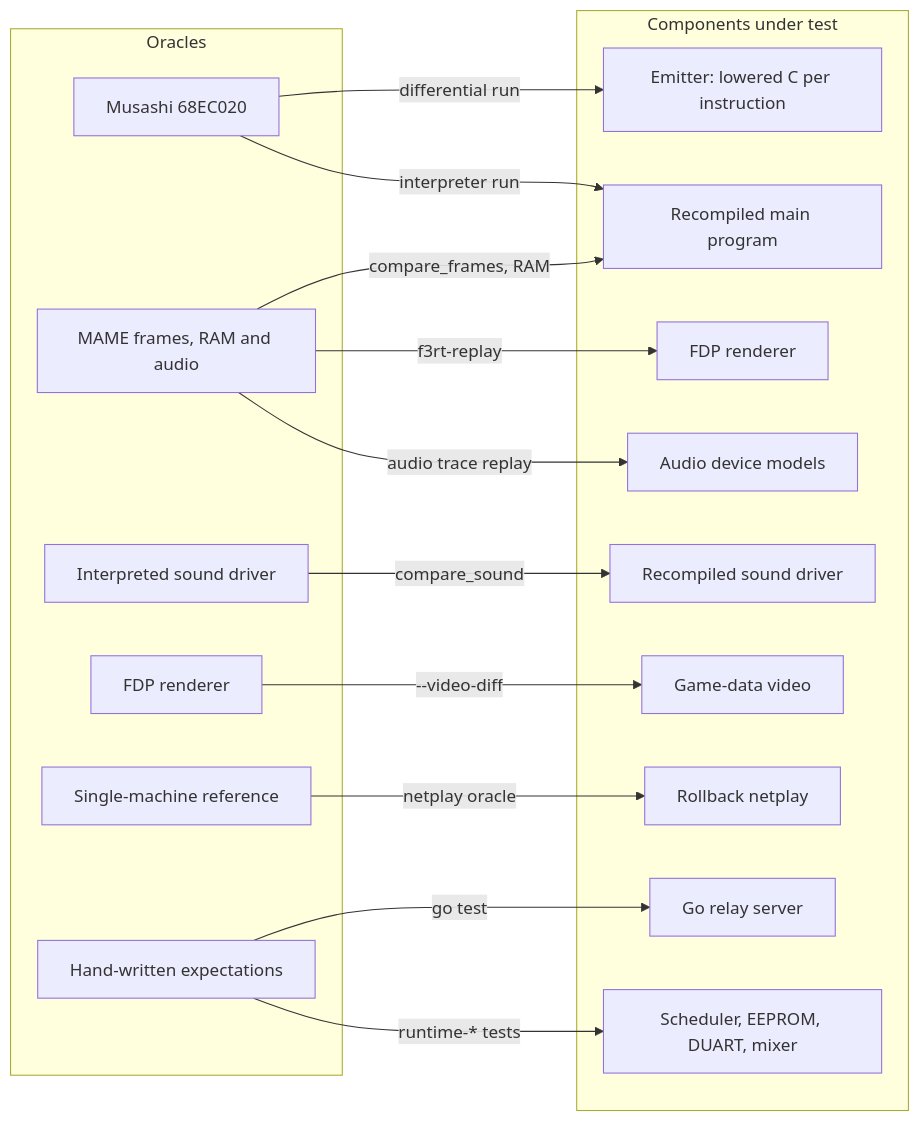
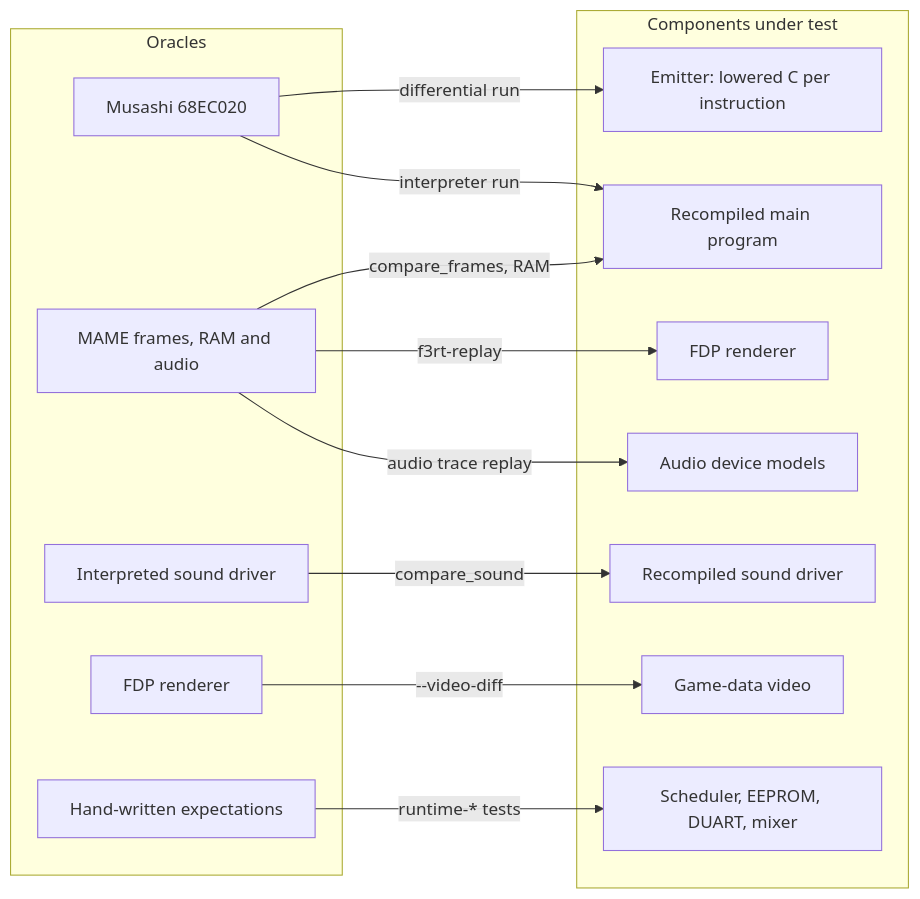
Before and after one commit to ansxor/f3-recomp: the first of 2 diagrams in docs/site/developer/testing/index.md, drawn with Mermaid. The commit also changed other lines of this file and 319 other files, not shown here.

````diff
--- a/docs/site/developer/testing/index.md
+++ b/docs/site/developer/testing/index.md
@@ -43,32 +41,27 @@
 ```mermaid
 flowchart LR
     subgraph Oracles["Oracles"]
         MUS["Musashi 68EC020"]
         MAME["MAME frames, RAM and audio"]
         INT["Interpreted sound driver"]
         FDPO["FDP renderer"]
-        REF["Single-machine reference"]
         HAND["Hand-written expectations"]
     end
     subgraph Candidates["Components under test"]
         EMIT["Emitter: lowered C per instruction"]
         MAIN["Recompiled main program"]
         FDP["FDP renderer"]
         GAME["Game-data video"]
         SND["Recompiled sound driver"]
         DEV["Audio device models"]
-        NET["Rollback netplay"]
-        RELAY["Go relay server"]
         MISC["Scheduler, EEPROM, DUART, mixer"]
     end
     MUS -->|"differential run"| EMIT
     MUS -->|"interpreter run"| MAIN
     MAME -->|"compare_frames, RAM"| MAIN
     MAME -->|"f3rt-replay"| FDP
     FDPO -->|"--video-diff"| GAME
     INT -->|"compare_sound"| SND
     MAME -->|"audio trace replay"| DEV
-    REF -->|"netplay oracle"| NET
-    HAND -->|"go test"| RELAY
     HAND -->|"runtime-* tests"| MISC
 ```
````
